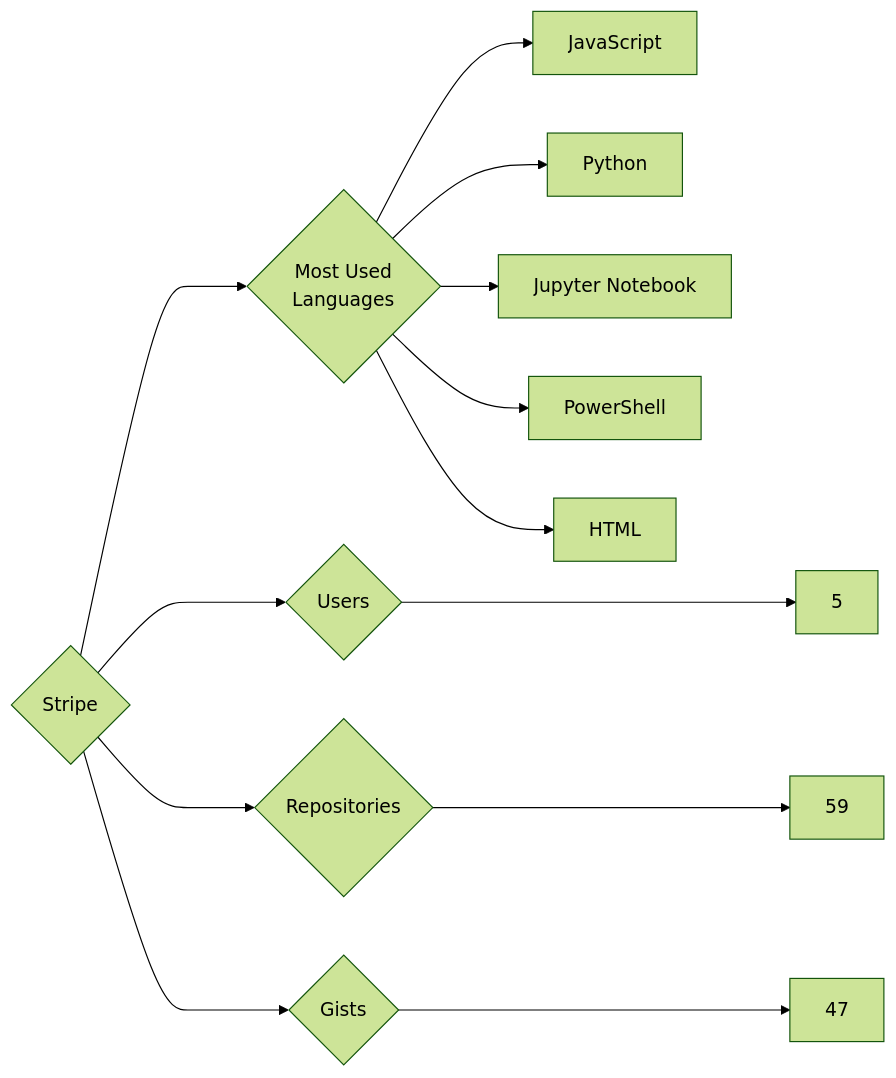
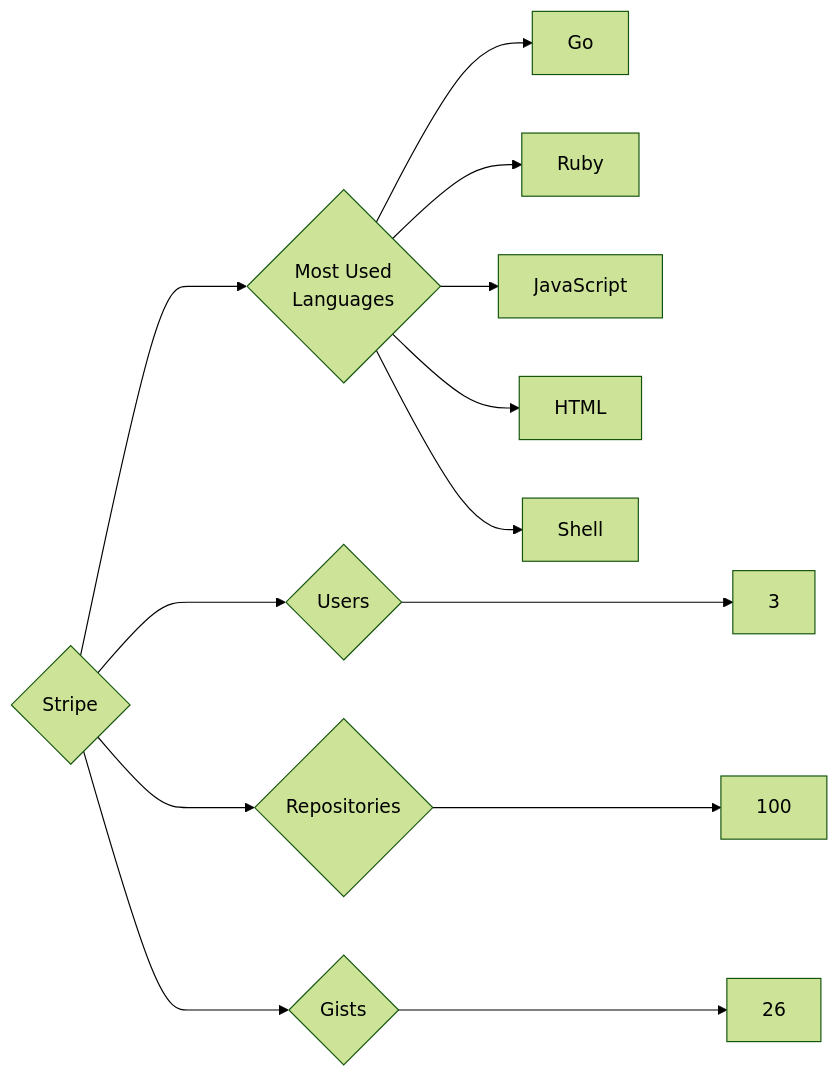
The diagram in targets/Stripe/README.md (trickest/insiders), drawn with Mermaid (forest theme) before and after one commit. The commit also changed 940 other files, not shown here.

````diff
--- a/targets/Stripe/README.md
+++ b/targets/Stripe/README.md
@@ -3,13 +3,13 @@
 ```mermaid
 graph LR
 COMPANY_NAME{Stripe}
-COMPANY_NAME ---> U{Users} ---> UN[5]
-COMPANY_NAME ---> R{Repositories} ---> RN[59]
-COMPANY_NAME ---> G{Gists} ---> GN[47]
+COMPANY_NAME ---> U{Users} ---> UN[3]
+COMPANY_NAME ---> R{Repositories} ---> RN[100]
+COMPANY_NAME ---> G{Gists} ---> GN[26]
 COMPANY_NAME ---> ML{Most Used<br>Languages}
+ML --> Go[Go]
+ML --> Ruby[Ruby]
 ML --> JavaScript[JavaScript]
-ML --> Python[Python]
-ML --> Jupyter_Notebook[Jupyter Notebook]
-ML --> PowerShell[PowerShell]
 ML --> HTML[HTML]
+ML --> Shell[Shell]
 ```
````
